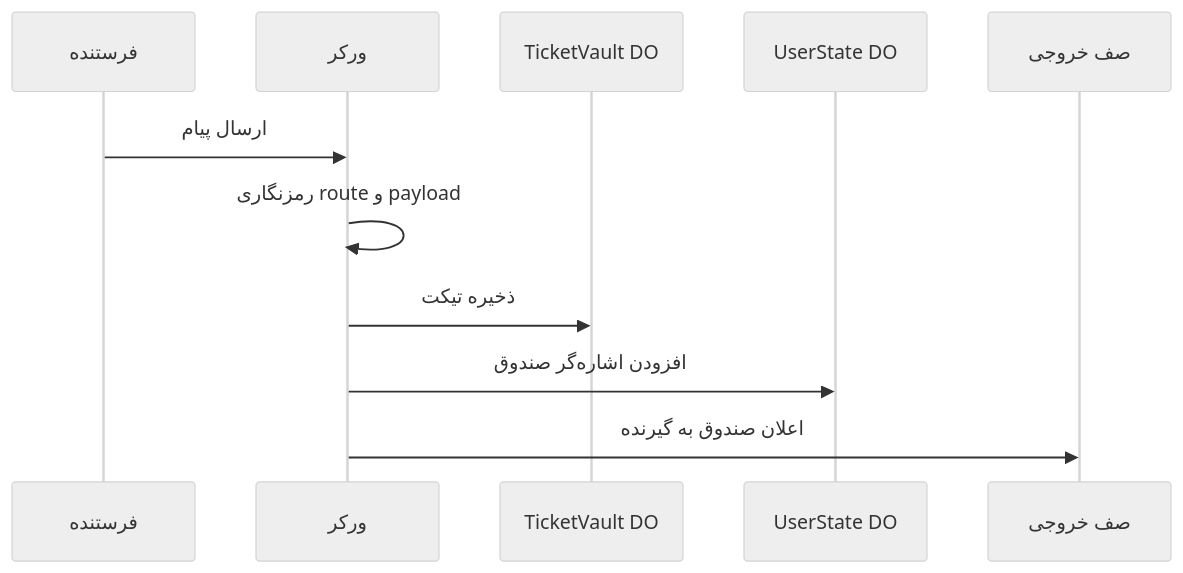
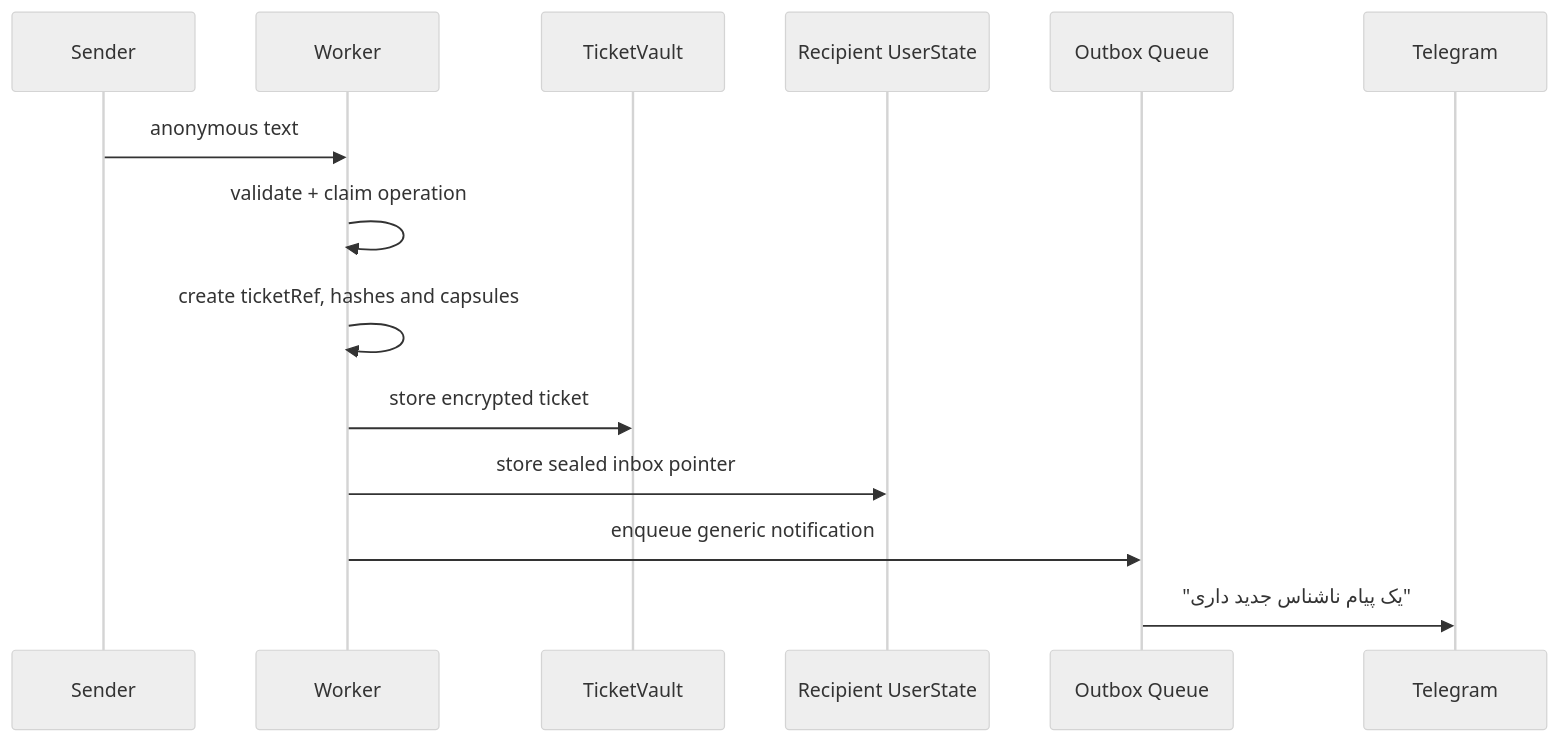
The second of 5 diagrams in content/fa/lab/nekonymous-anonymous-messaging-technical-lab.md (mohetios/mohetios.dev), drawn with Mermaid (neutral theme) before and after one commit. The commit also changed other lines of this file and 2 other files, not shown here.

````diff
--- a/content/fa/lab/nekonymous-anonymous-messaging-technical-lab.md
+++ b/content/fa/lab/nekonymous-anonymous-messaging-technical-lab.md
@@ -201,14 +355,17 @@
 ```mermaid
 sequenceDiagram
-  participant S as فرستنده
-  participant W as ورکر
-  participant V as TicketVault DO
-  participant U as UserState DO
-  participant Q as صف خروجی
+  participant S as Sender
+  participant W as Worker
+  participant TV as TicketVault
+  participant US as Recipient UserState
+  participant Q as Outbox Queue
+  participant T as Telegram
 
-  S->>W: ارسال پیام
-  W->>W: رمزنگاری route و payload
-  W->>V: ذخیره تیکت
-  W->>U: افزودن اشاره‌گر صندوق
-  W->>Q: اعلان صندوق به گیرنده
+  S->>W: anonymous text
+  W->>W: validate + claim operation
+  W->>W: create ticketRef, hashes and capsules
+  W->>TV: store encrypted ticket
+  W->>US: store sealed inbox pointer
+  W->>Q: enqueue generic notification
+  Q->>T: "یک پیام ناشناس جدید داری"
 ```
````
